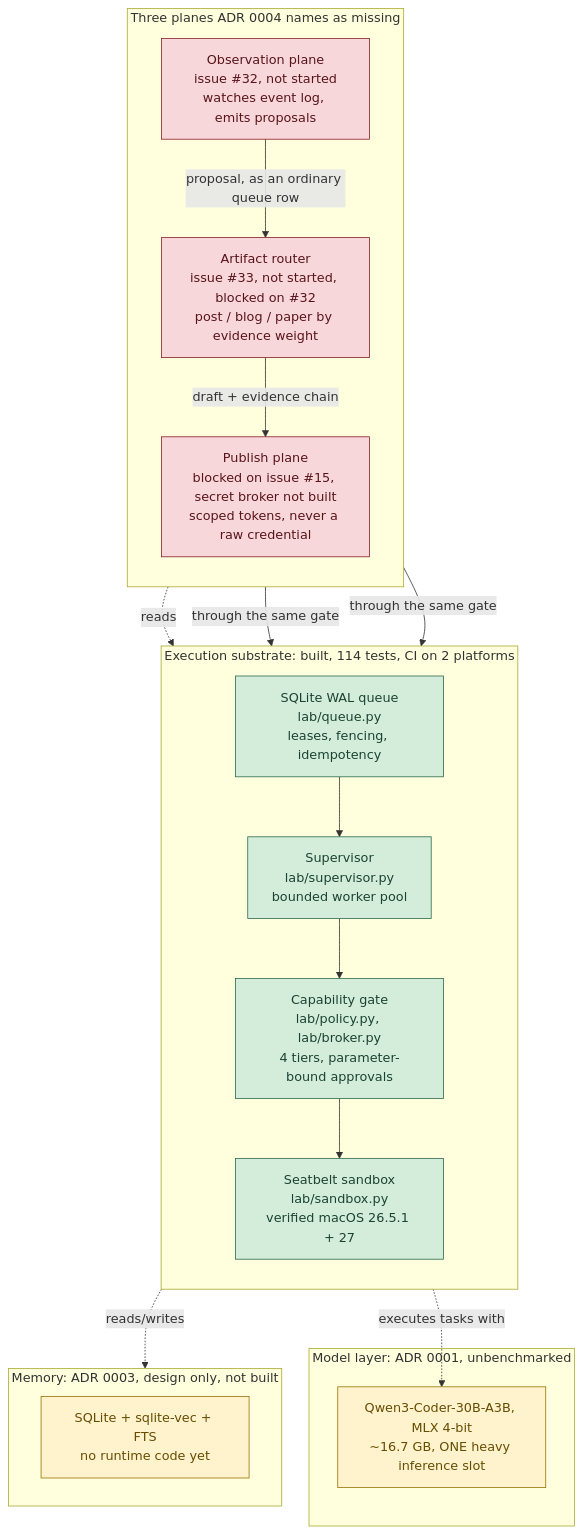
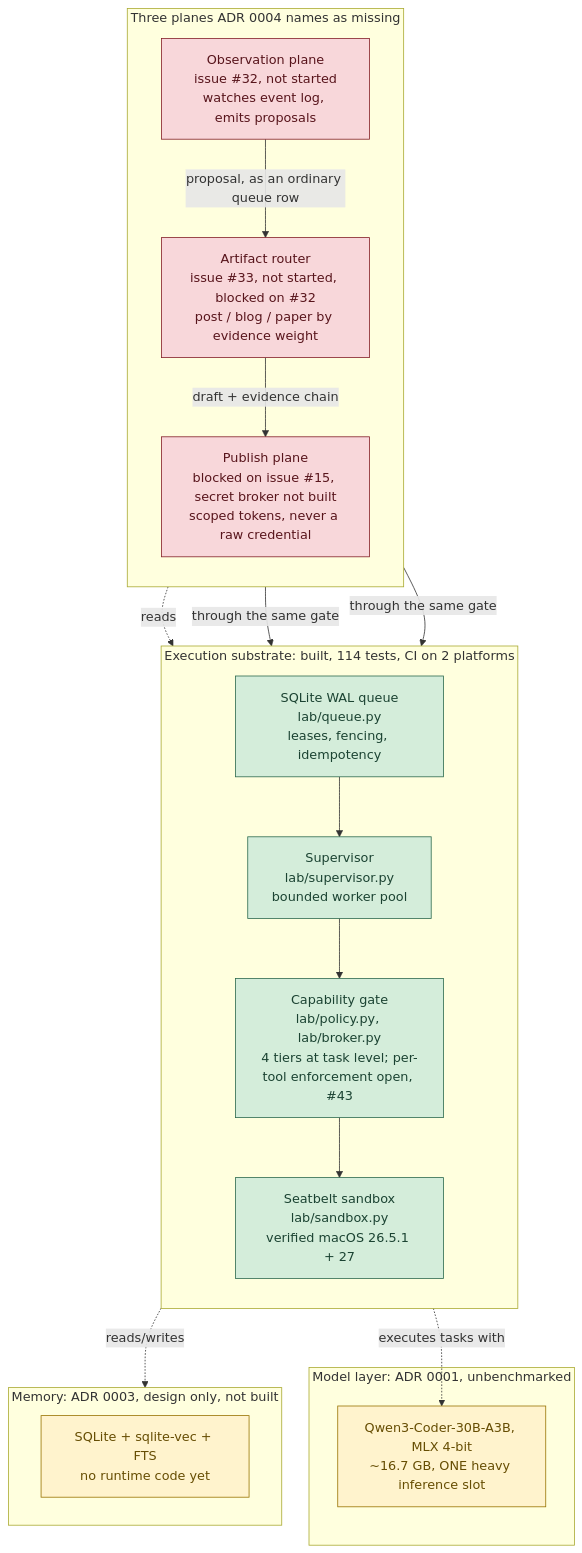
One commit to roshanaryal1/home-lab changed the diagram in docs/ARCHITECTURE.md. Above: the diagram before and after it, drawn with Mermaid. The commit also changed other lines of this file, not shown here.

Commit message:
docs: correct capability-gate claim, per-tool enforcement is not built (#43)

````diff
--- a/docs/ARCHITECTURE.md
+++ b/docs/ARCHITECTURE.md
@@ -16,41 +16,41 @@
 ```mermaid
 flowchart TB
     subgraph substrate["Execution substrate: built, 114 tests, CI on 2 platforms"]
         direction TB
         queue["SQLite WAL queue<br/>lab/queue.py<br/>leases, fencing, idempotency"]
         supervisor["Supervisor<br/>lab/supervisor.py<br/>bounded worker pool"]
-        gate["Capability gate<br/>lab/policy.py, lab/broker.py<br/>4 tiers, parameter-bound approvals"]
+        gate["Capability gate<br/>lab/policy.py, lab/broker.py<br/>4 tiers at task level; per-tool enforcement open, #43"]
         sandbox["Seatbelt sandbox<br/>lab/sandbox.py<br/>verified macOS 26.5.1 + 27"]
         queue --> supervisor --> gate --> sandbox
     end
 
     subgraph model["Model layer: ADR 0001, unbenchmarked"]
         heavy["Qwen3-Coder-30B-A3B, MLX 4-bit<br/>~16.7 GB, ONE heavy inference slot"]
     end
 
     subgraph memory["Memory: ADR 0003, design only, not built"]
         mem["SQLite + sqlite-vec + FTS<br/>no runtime code yet"]
     end
 
     subgraph planes["Three planes ADR 0004 names as missing"]
         direction TB
         obs["Observation plane<br/>issue #32, not started<br/>watches event log, emits proposals"]
         router["Artifact router<br/>issue #33, not started, blocked on #32<br/>post / blog / paper by evidence weight"]
         publish["Publish plane<br/>blocked on issue #15, secret broker not built<br/>scoped tokens, never a raw credential"]
         obs -->|"proposal, as an ordinary queue row"| router
         router -->|"draft + evidence chain"| publish
     end
 
     supervisor -.->|"executes tasks with"| heavy
     supervisor -.->|"reads/writes"| memory
     obs -.->|"reads"| queue
     router -->|"through the same gate"| gate
     publish -->|"through the same gate"| gate
 
     classDef built fill:#d4edda,stroke:#2d6a4f,color:#1b4332
     classDef missing fill:#f8d7da,stroke:#842029,color:#58151c
     classDef designonly fill:#fff3cd,stroke:#997404,color:#664d03
     class queue,supervisor,gate,sandbox built
     class obs,router,publish missing
     class heavy,mem designonly
 ```
````
